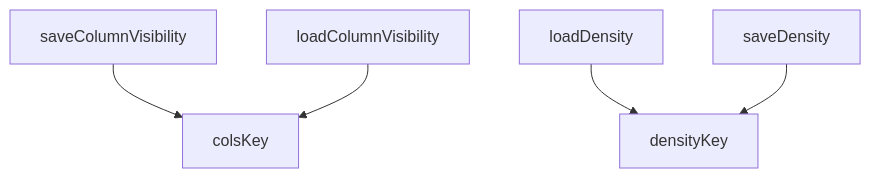
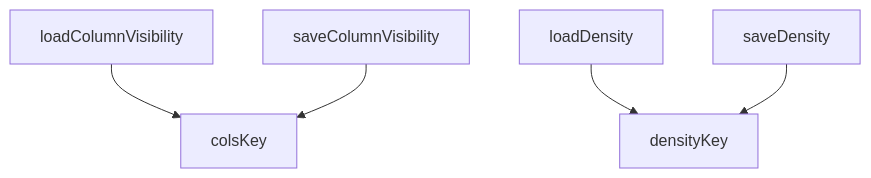
One commit to peckop/venthub-hvac-esite changed the diagram in src/components/admin/data-table/persist.md. Above: the diagram before and after it, drawn with Mermaid. The commit also changed other lines of this file and 429 other files, not shown here.

````diff
--- a/src/components/admin/data-table/persist.md
+++ b/src/components/admin/data-table/persist.md
@@ -140,13 +145,13 @@
 ```mermaid
 graph TD
     persist_ts__colsKey["colsKey"]
     persist_ts__densityKey["densityKey"]
     persist_ts__loadColumnVisibility["loadColumnVisibility"]
     persist_ts__loadDensity["loadDensity"]
     persist_ts__saveColumnVisibility["saveColumnVisibility"]
     persist_ts__saveDensity["saveDensity"]
     persist_ts__loadDensity --> persist_ts__densityKey
+    persist_ts__loadColumnVisibility --> persist_ts__colsKey
     persist_ts__saveColumnVisibility --> persist_ts__colsKey
     persist_ts__saveDensity --> persist_ts__densityKey
-    persist_ts__loadColumnVisibility --> persist_ts__colsKey
 ```
````
